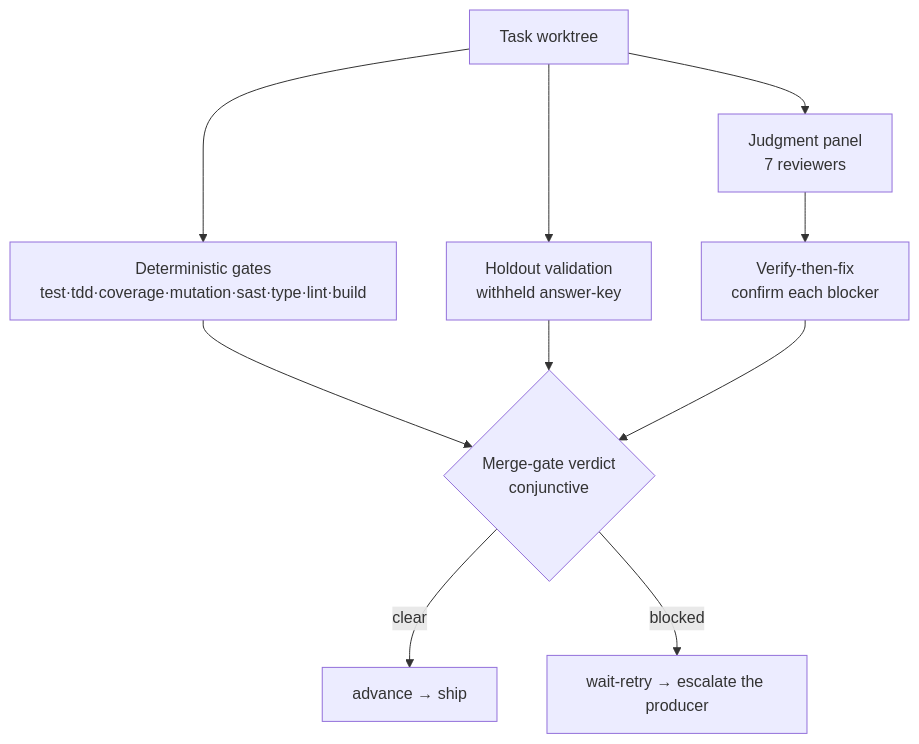
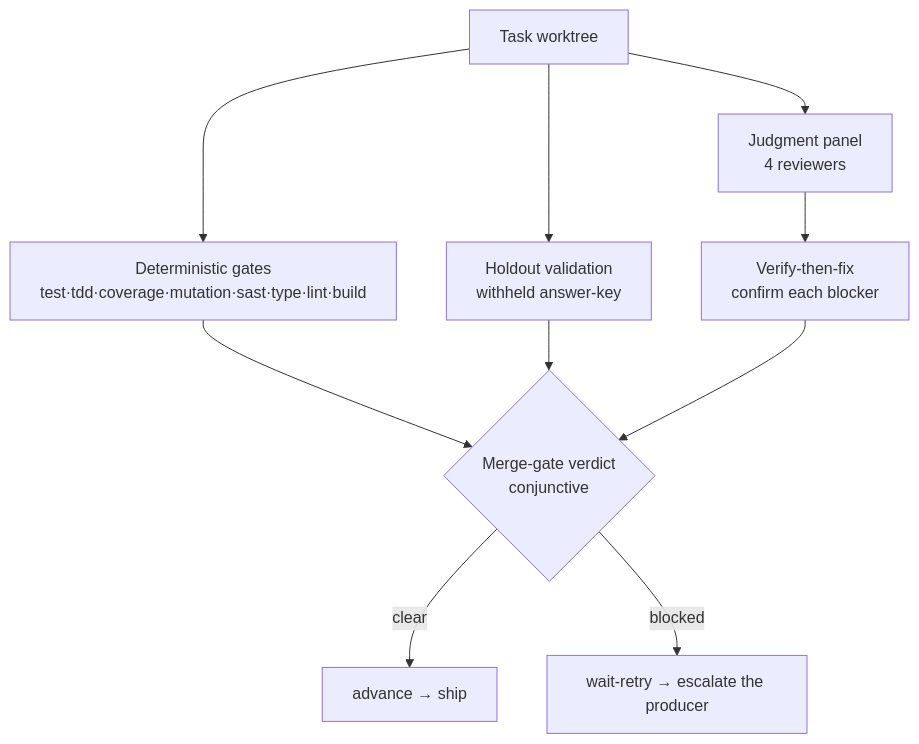
One commit to jfa94/factory changed the diagram in docs/explanation/verifier.md. Above: the diagram before and after it, drawn with Mermaid. The commit also changed other lines of this file and 17 other files, not shown here.

First line of the commit message:
feat(agents): merged quality+security charter; retire 3 panel charters

````diff
--- a/docs/explanation/verifier.md
+++ b/docs/explanation/verifier.md
@@ -11,12 +11,12 @@
 ```mermaid
 graph TD
   W[Task worktree] --> Gates[Deterministic gates<br/>test·tdd·coverage·mutation·sast·type·lint·build]
   W --> Holdout[Holdout validation<br/>withheld answer-key]
-  W --> Panel[Judgment panel<br/>7 reviewers]
+  W --> Panel[Judgment panel<br/>4 reviewers]
   Gates --> MergeGate{Merge-gate verdict<br/>conjunctive}
   Holdout --> MergeGate
   Panel --> VtF[Verify-then-fix<br/>confirm each blocker]
   VtF --> MergeGate
   MergeGate -->|clear| Ship[advance → ship]
   MergeGate -->|blocked| Ladder[wait-retry → escalate the producer]
 ```
````
